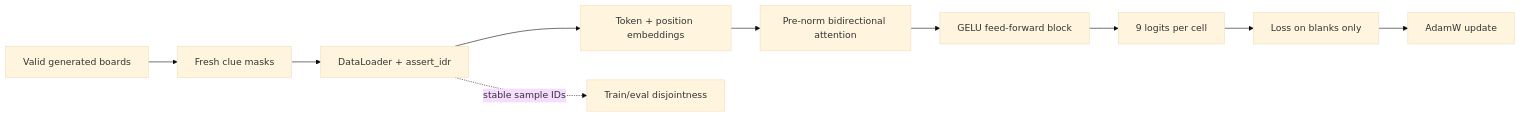
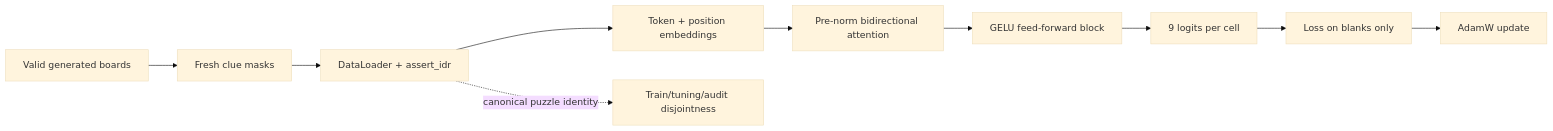
One commit to furkanhaney/axis changed the diagram in README.md. Above: the diagram before and after it, drawn with Mermaid (base theme). The commit also changed other lines of this file and 8 other files, not shown here.

````diff
--- a/README.md
+++ b/README.md
@@ -79,12 +81,12 @@
 ```mermaid
 flowchart LR
     A[Valid generated boards] --> B[Fresh clue masks]
     B --> C[DataLoader + assert_idr]
     C --> D[Token + position embeddings]
     D --> E[Pre-norm bidirectional attention]
     E --> F[GELU feed-forward block]
     F --> G[9 logits per cell]
     G --> H[Loss on blanks only]
     H --> I[AdamW update]
-    C -. stable sample IDs .-> J[Train/eval disjointness]
+    C -. canonical puzzle identity .-> J[Train/tuning/audit disjointness]
 ```
````
